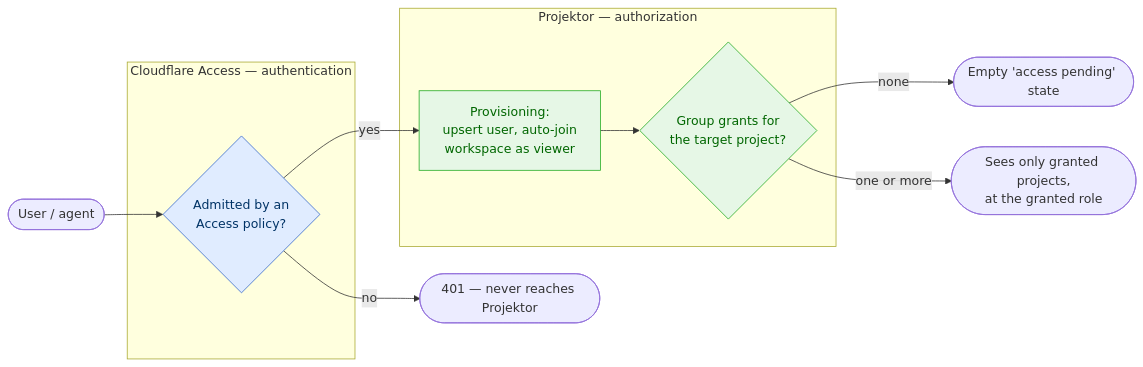
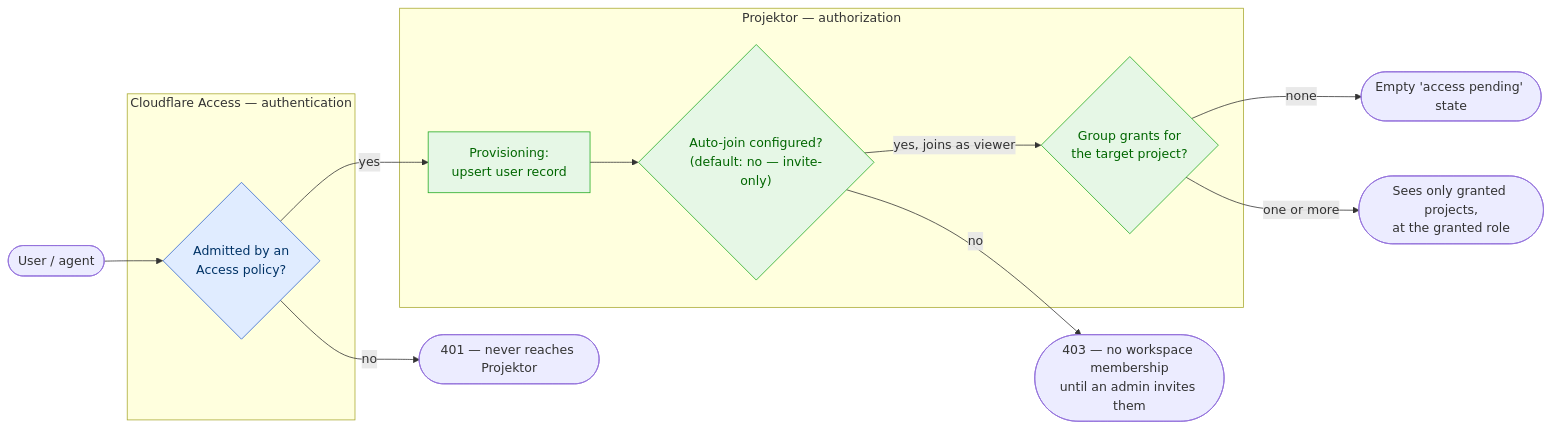
The first of 4 diagrams in apps/docs/src/content/docs/architecture/access-control.mdx (TAJD/projektor), drawn with Mermaid before and after one commit. The commit also changed other lines of this file and 21 other files, not shown here.

````diff
--- a/apps/docs/src/content/docs/architecture/access-control.mdx
+++ b/apps/docs/src/content/docs/architecture/access-control.mdx
@@ -20,25 +20,29 @@
 ```mermaid
 flowchart LR
     user(["User / agent"])
     subgraph cf["Cloudflare Access — authentication"]
         gate{"Admitted by an<br/>Access policy?"}
     end
     subgraph pk["Projektor — authorization"]
-        provision["Provisioning:<br/>upsert user, auto-join<br/>workspace as viewer"]
+        provision["Provisioning:<br/>upsert user record"]
+        member{"Auto-join configured?<br/>(default: no — invite-only)"}
         authz{"Group grants for<br/>the target project?"}
     end
     denied(["401 — never reaches Projektor"])
+    noaccess(["403 — no workspace membership<br/>until an admin invites them"])
     pending(["Empty 'access pending' state"])
     scoped(["Sees only granted projects,<br/>at the granted role"])
 
     user --> gate
     gate -->|no| denied
-    gate -->|yes| provision --> authz
+    gate -->|yes| provision --> member
+    member -->|no| noaccess
+    member -->|yes, joins as viewer| authz
     authz -->|none| pending
     authz -->|one or more| scoped
 
     classDef gateCls fill:#e0ecff,stroke:#36c,color:#036;
     classDef pkCls fill:#e6f7e6,stroke:#2a2,color:#060;
     class gate gateCls;
-    class provision,authz pkCls;
+    class provision,member,authz pkCls;
 ```
````
